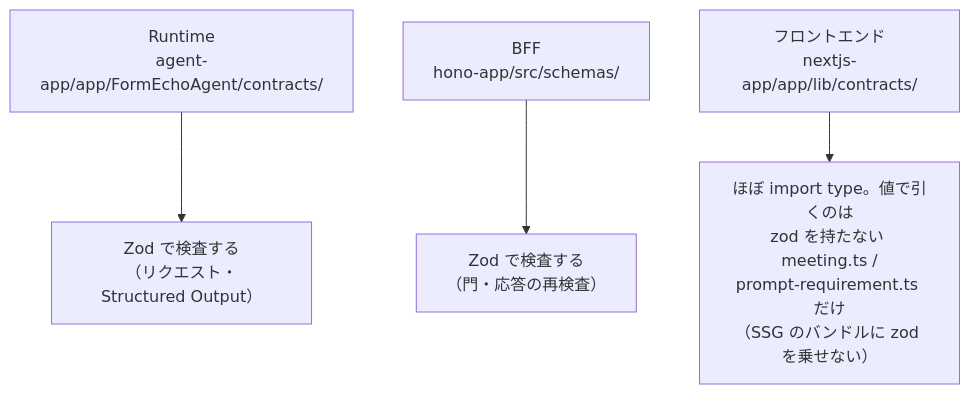
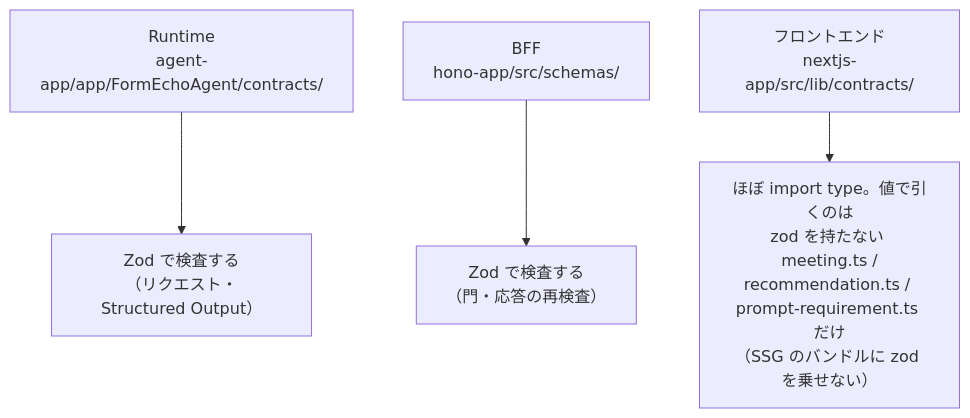
One commit to ag-ke-nakamura/form-echo-agent changed the fourth of 9 diagrams in docs/architecture.md. Above: the diagram before and after it, drawn with Mermaid. The commit also changed other lines of this file and 83 other files, not shown here.

First line of the commit message:
nextjs-app を src/ の feature-based 構成へ移す（#157）

````diff
--- a/docs/architecture.md
+++ b/docs/architecture.md
@@ -113,6 +113,6 @@
 ```mermaid
 graph TD
     A["Runtime<br/>agent-app/app/FormEchoAgent/contracts/"] --> AU["Zod で検査する<br/>（リクエスト・Structured Output）"]
     B["BFF<br/>hono-app/src/schemas/"] --> BU["Zod で検査する<br/>（門・応答の再検査）"]
-    N["フロントエンド<br/>nextjs-app/app/lib/contracts/"] --> NU["ほぼ import type。値で引くのは<br/>zod を持たない meeting.ts /<br/>prompt-requirement.ts だけ<br/>（SSG のバンドルに zod を乗せない）"]
+    N["フロントエンド<br/>nextjs-app/src/lib/contracts/"] --> NU["ほぼ import type。値で引くのは<br/>zod を持たない meeting.ts /<br/>recommendation.ts / prompt-requirement.ts だけ<br/>（SSG のバンドルに zod を乗せない）"]
 ```
````
